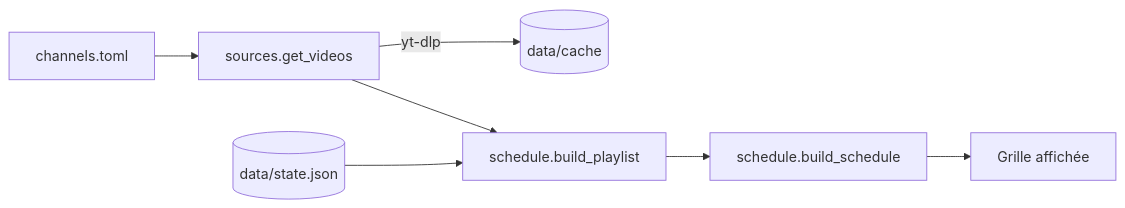
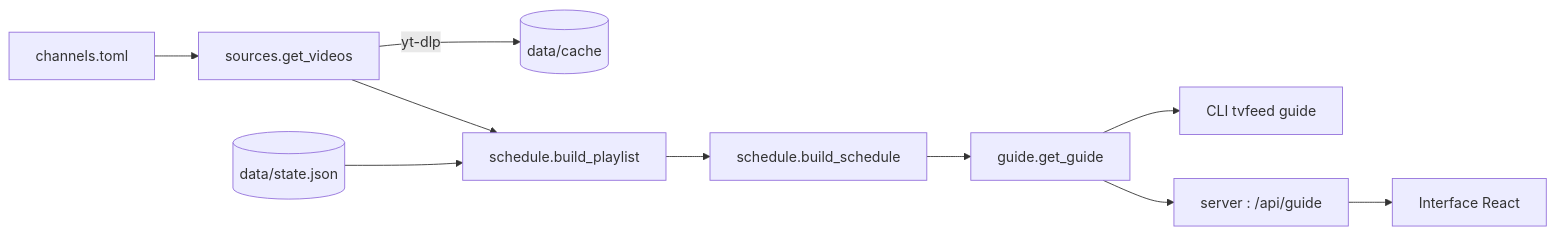
Before and after one commit to murrutia/tvfeed: the diagram in docs/fonctionnement.md, drawn with Mermaid. The commit also changed other lines of this file and 38 other files, not shown here.

First line of the commit message:
Interface web shadcn/ui, serveur FastAPI et image Docker

````diff
--- a/docs/fonctionnement.md
+++ b/docs/fonctionnement.md
@@ -5,9 +5,12 @@
 ```mermaid
 flowchart LR
     A[channels.toml] --> B[sources.get_videos]
     B -- yt-dlp --> C[(data/cache)]
     B --> D[schedule.build_playlist]
     E[(data/state.json)] --> D
     D --> F[schedule.build_schedule]
-    F --> G[Grille affichée]
+    F --> G[guide.get_guide]
+    G --> H[CLI tvfeed guide]
+    G --> I[server : /api/guide]
+    I --> J[Interface React]
 ```
````
